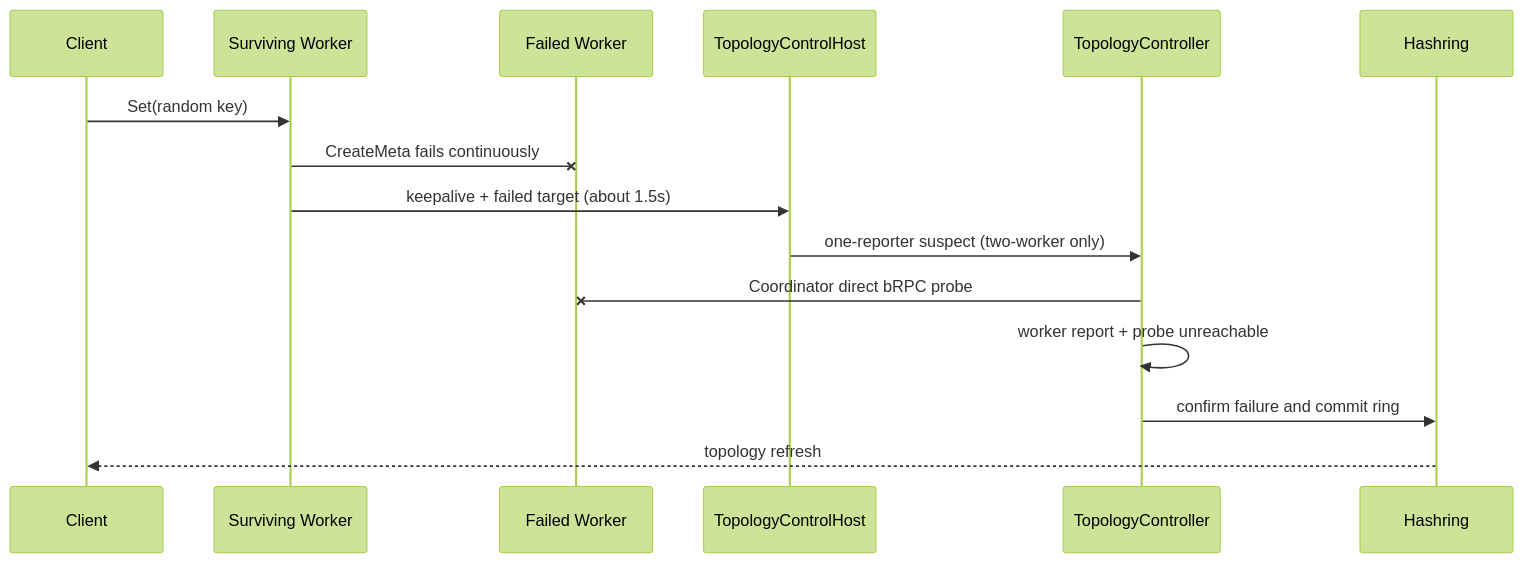
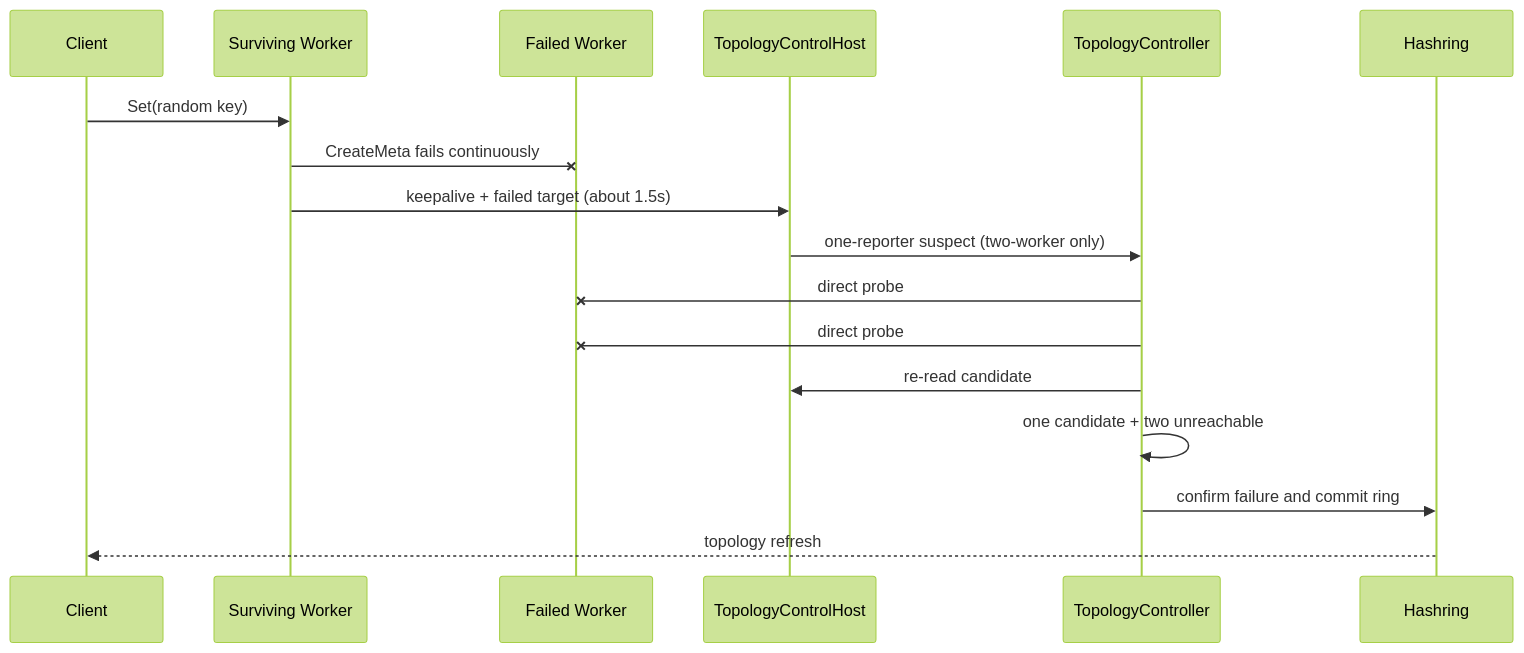
The diagram in rfc/2026-08-10-two-worker-active-isolation/README.md (CheYulin/yuanrong-datasystem-agent-workbench), drawn with Mermaid (forest theme) before and after one commit. The commit also changed other lines of this file, not shown here.

Commit message:
docs: harden two-worker isolation evidence

````diff
--- a/rfc/2026-08-10-two-worker-active-isolation/README.md
+++ b/rfc/2026-08-10-two-worker-active-isolation/README.md
@@ -59,18 +60,20 @@
 ```mermaid
 sequenceDiagram
     participant C as Client
     participant W as Surviving Worker
     participant D as Failed Worker
     participant H as TopologyControlHost
     participant T as TopologyController
     participant R as Hashring
 
     C->>W: Set(random key)
     W-xD: CreateMeta fails continuously
     W->>H: keepalive + failed target (about 1.5s)
     H->>T: one-reporter suspect (two-worker only)
-    T-xD: Coordinator direct bRPC probe
-    T->>T: worker report + probe unreachable
+    T-xD: direct probe #1: unreachable
+    T-xD: direct probe #2: unreachable (>=500ms)
+    T->>H: re-read candidate
+    T->>T: one candidate + two unreachable
     T->>R: confirm failure and commit ring
     R-->>C: topology refresh
 ```
````
